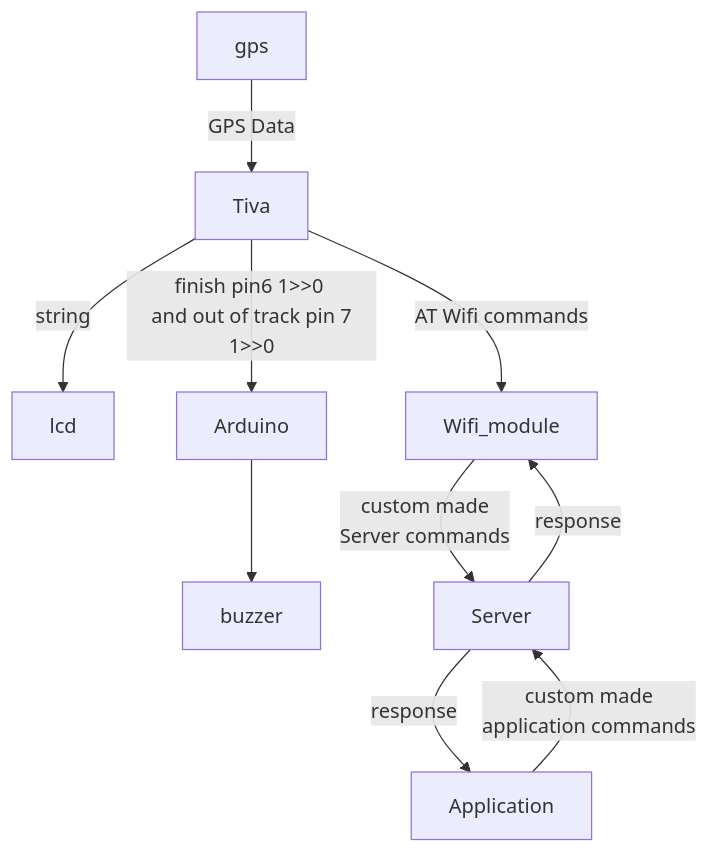
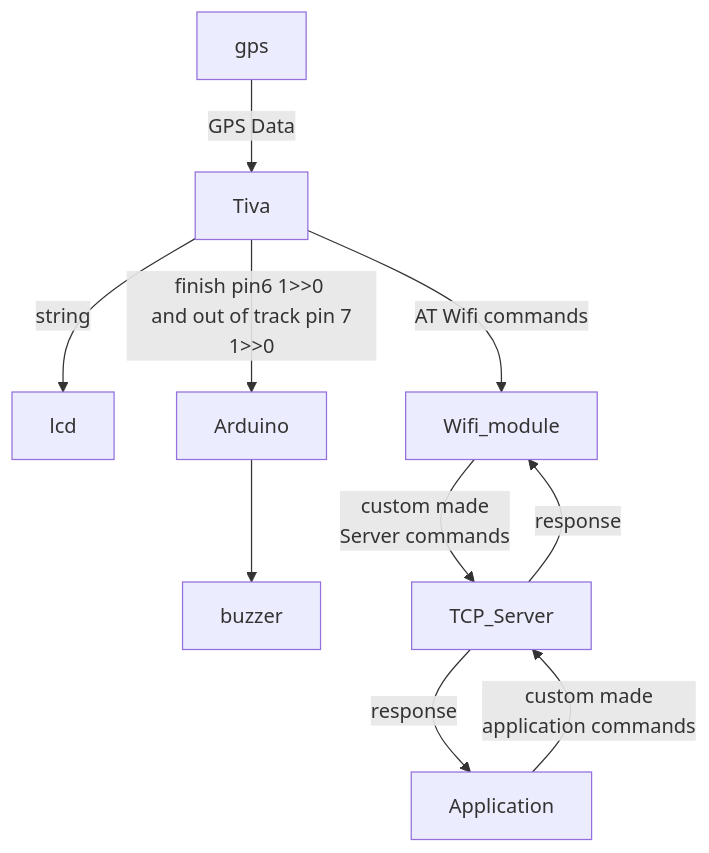
One commit to abdlrhman08/GPS-Tracker-Tiva changed the diagram in README.md. Above: the diagram before and after it, drawn with Mermaid. The commit also changed other lines of this file, not shown here.

````diff
--- a/README.md
+++ b/README.md
@@ -33,13 +33,13 @@
 ```mermaid
 graph TD;
     gps-->|GPS Data|Tiva;
     Tiva-->|string|lcd;
     Tiva-->|finish pin6 1>>0 <br> and out of track pin 7 1>>0 |Arduino;
     Arduino-->buzzer;
     Tiva-->|AT Wifi commands|Wifi_module;
-    Wifi_module-->|custom made <br> Server commands|Server;
-    Server-->|response|Wifi_module;
-    Application-->|custom made <br> application commands|Server;
-    Server-->|response|Application;
+    Wifi_module-->|custom made <br> Server commands|TCP_Server;
+    TCP_Server-->|response|Wifi_module;
+    Application-->|custom made <br> application commands|TCP_Server;
+    TCP_Server-->|response|Application;
     
 ```
````
